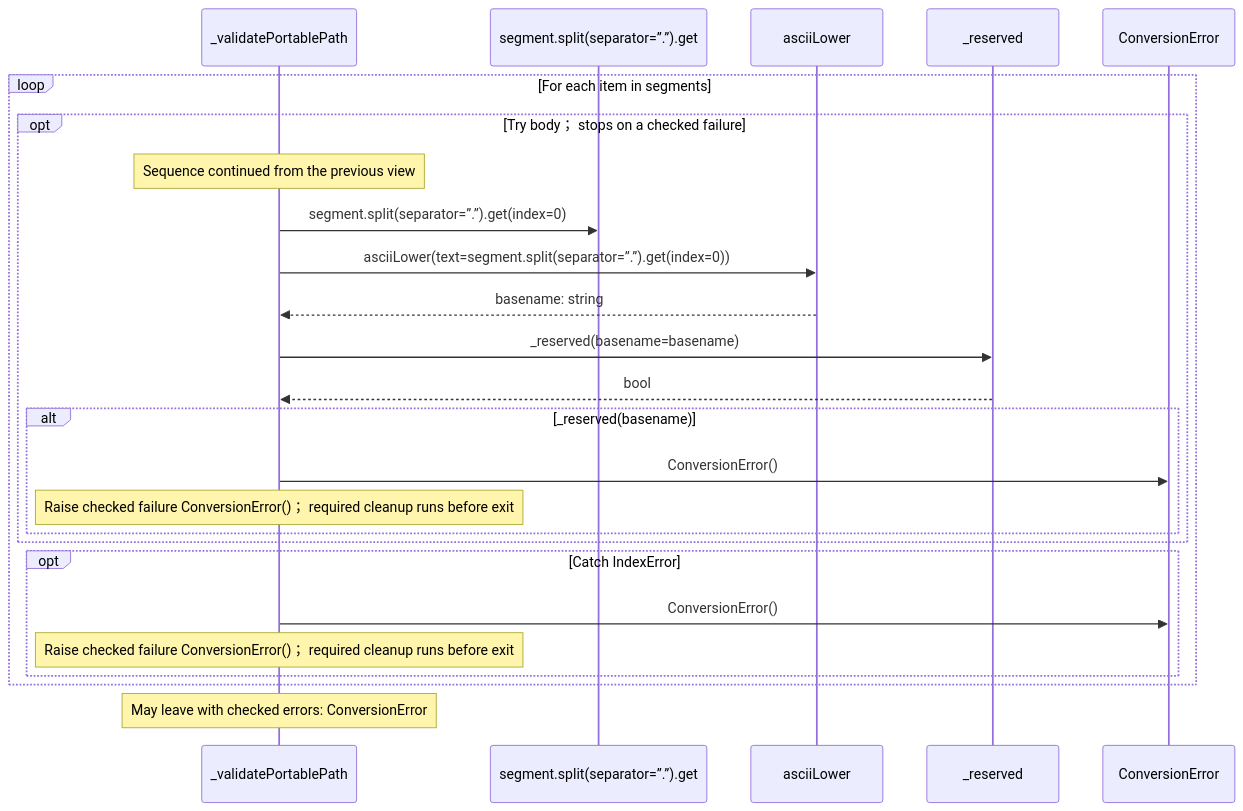
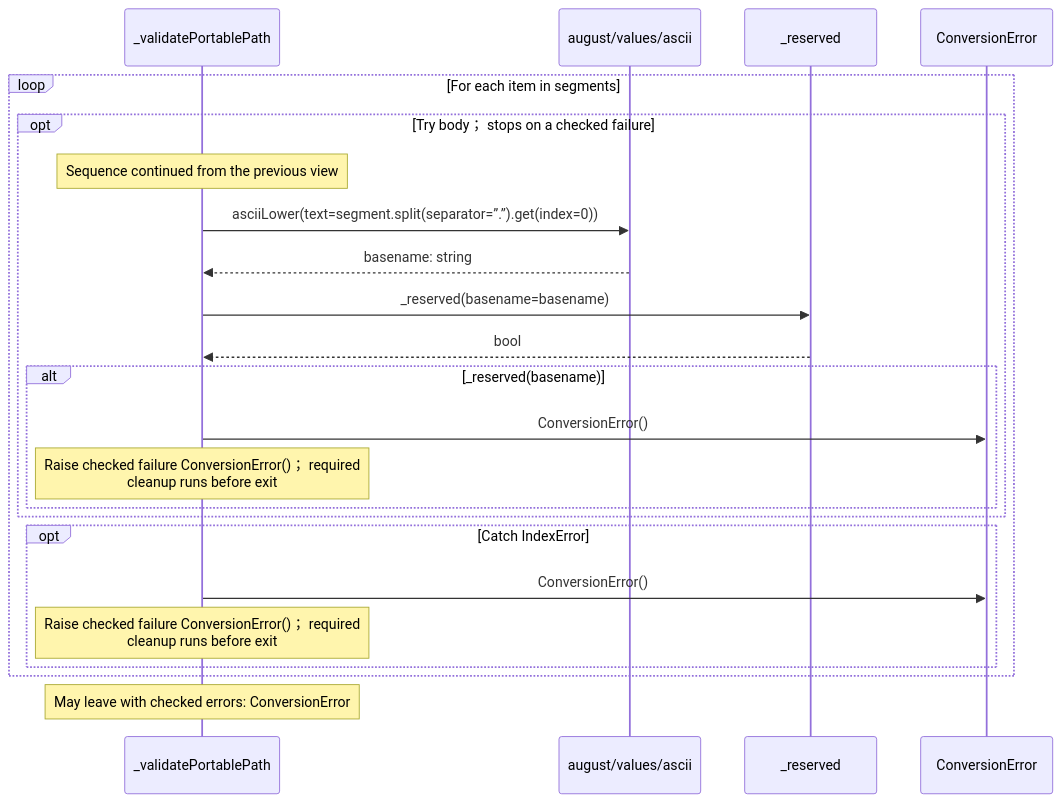
Before and after one commit to GreenPandaStudios/augscript: the seventh of 7 diagrams in src/stdlib/values/paths.aug.diagrams.md, drawn with Mermaid. The commit also changed other lines of this file and 200 other files, not shown here.

Commit message:
Group imported operations and wrap readable sequence messages

````diff
--- a/src/stdlib/values/paths.aug.diagrams.md
+++ b/src/stdlib/values/paths.aug.diagrams.md
@@ -187,27 +178,25 @@
 ```mermaid
 sequenceDiagram
     participant p0 as _validatePortablePath
-    participant p1 as segment.split(separator=”.”).get
-    participant p2 as asciiLower
-    participant p3 as _reserved
-    participant p4 as ConversionError
+    participant p1 as august/values/ascii
+    participant p2 as _reserved
+    participant p3 as ConversionError
     loop For each item in segments
     opt Try body； stops on a checked failure
     Note over p0: Sequence continued from the previous view
-    p0->>p1: segment.split(separator=”.”).get(index=0)
-    p0->>p2: asciiLower(text=segment.split(separator=”.”).get(index=0))
-    p2-->>p0: basename: string
-    p0->>p3: _reserved(basename=basename)
-    p3-->>p0: bool
+    p0->>p1: asciiLower(text=segment.split(separator=”.”).get(index=0))
+    p1-->>p0: basename: string
+    p0->>p2: _reserved(basename=basename)
+    p2-->>p0: bool
     alt _reserved(basename)
-    p0->>p4: ConversionError()
-    Note over p0: Raise checked failure ConversionError()； required cleanup runs before exit
+    p0->>p3: ConversionError()
+    Note over p0: Raise checked failure ConversionError()； required<br/>cleanup runs before exit
     end
     end
     opt Catch IndexError
-    p0->>p4: ConversionError()
-    Note over p0: Raise checked failure ConversionError()； required cleanup runs before exit
+    p0->>p3: ConversionError()
+    Note over p0: Raise checked failure ConversionError()； required<br/>cleanup runs before exit
     end
     end
     Note over p0: May leave with checked errors: ConversionError
 ```
````
